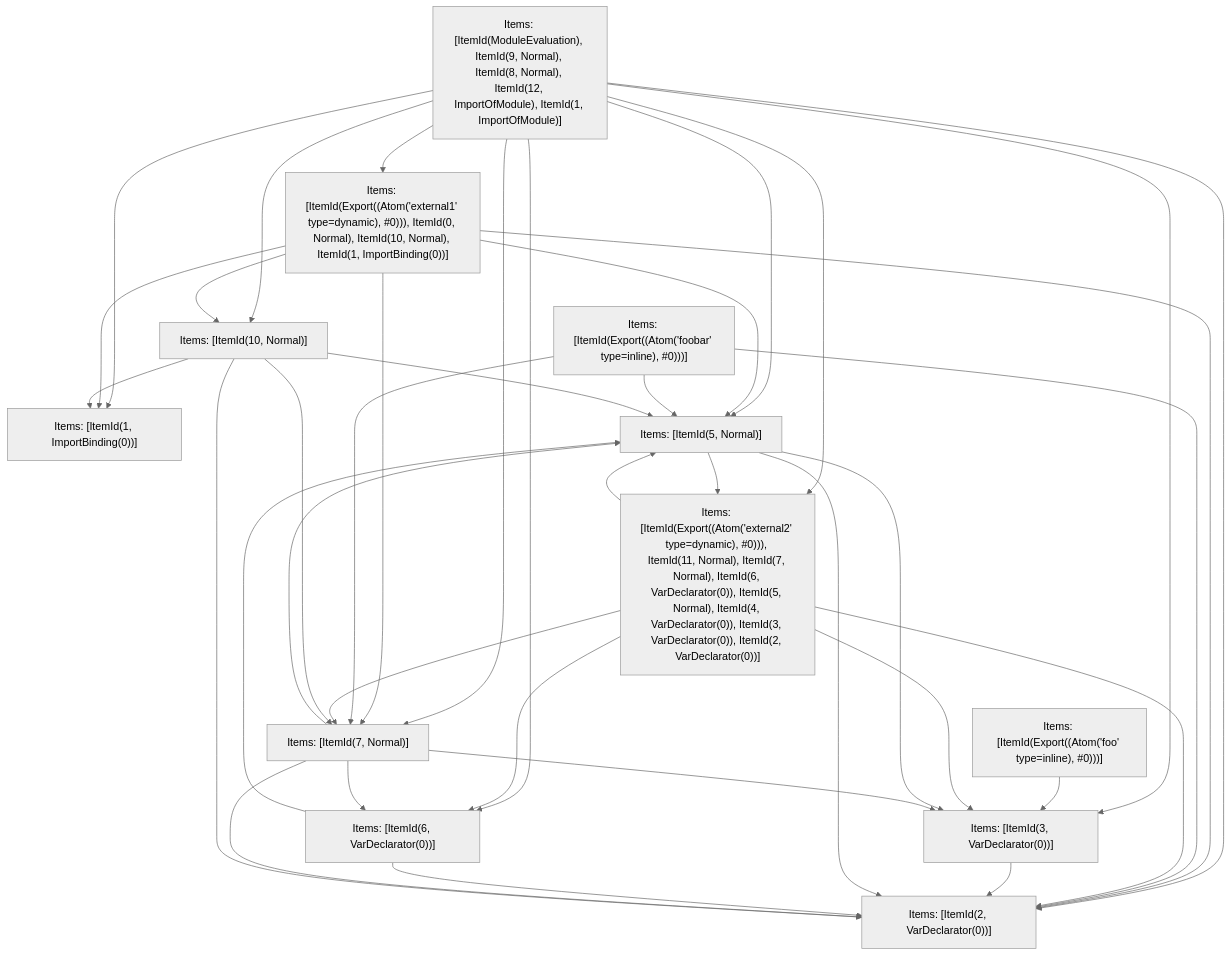
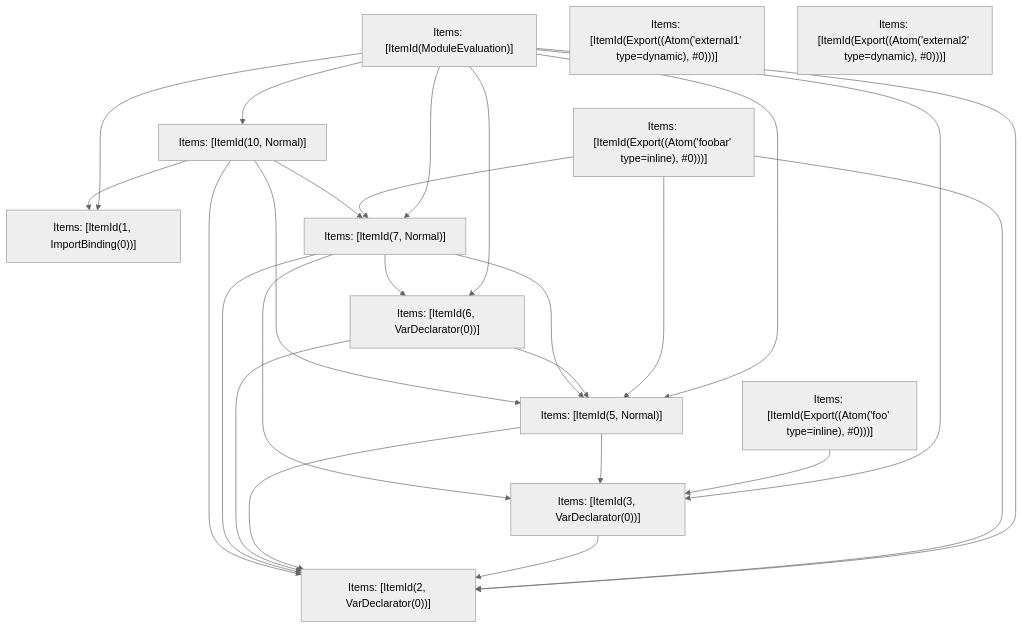
The fifth of 5 diagrams in crates/turbopack-ecmascript/tests/tree-shaker/analyzer/2/output.md (vercel/turborepo), drawn with Mermaid (neutral theme) before and after one commit. The commit also changed other lines of this file and 3 other files, not shown here.

````diff
--- a/crates/turbopack-ecmascript/tests/tree-shaker/analyzer/2/output.md
+++ b/crates/turbopack-ecmascript/tests/tree-shaker/analyzer/2/output.md
@@ -370,52 +370,39 @@
 ```mermaid
 graph TD
-    N0["Items: [ItemId(ModuleEvaluation), ItemId(9, Normal), ItemId(8, Normal), ItemId(12, ImportOfModule), ItemId(1, ImportOfModule)]"];
-    N1["Items: [ItemId(Export((Atom('external1' type=dynamic), #0))), ItemId(0, Normal), ItemId(10, Normal), ItemId(1, ImportBinding(0))]"];
+    N0["Items: [ItemId(ModuleEvaluation)]"];
+    N1["Items: [ItemId(Export((Atom('external1' type=dynamic), #0)))]"];
     N2["Items: [ItemId(Export((Atom('foobar' type=inline), #0)))]"];
     N3["Items: [ItemId(Export((Atom('foo' type=inline), #0)))]"];
-    N4["Items: [ItemId(Export((Atom('external2' type=dynamic), #0))), ItemId(11, Normal), ItemId(7, Normal), ItemId(6, VarDeclarator(0)), ItemId(5, Normal), ItemId(4, VarDeclarator(0)), ItemId(3, VarDeclarator(0)), ItemId(2, VarDeclarator(0))]"];
+    N4["Items: [ItemId(Export((Atom('external2' type=dynamic), #0)))]"];
     N5["Items: [ItemId(1, ImportBinding(0))]"];
     N6["Items: [ItemId(2, VarDeclarator(0))]"];
     N7["Items: [ItemId(3, VarDeclarator(0))]"];
     N8["Items: [ItemId(5, Normal)]"];
     N9["Items: [ItemId(6, VarDeclarator(0))]"];
     N10["Items: [ItemId(7, Normal)]"];
     N11["Items: [ItemId(10, Normal)]"];
-    N0 --> N1;
     N0 --> N5;
     N0 --> N6;
     N0 --> N8;
     N0 --> N10;
     N0 --> N7;
     N0 --> N9;
-    N0 --> N4;
     N0 --> N11;
-    N1 --> N11;
-    N1 --> N6;
-    N1 --> N8;
-    N1 --> N10;
-    N1 --> N5;
     N2 --> N6;
     N2 --> N8;
     N2 --> N10;
     N3 --> N7;
-    N4 --> N7;
-    N4 --> N9;
-    N4 --> N10;
-    N4 --> N6;
-    N4 --> N8;
     N7 --> N6;
-    N8 --> N4;
     N8 --> N6;
     N8 --> N7;
     N9 --> N6;
     N9 --> N8;
     N10 --> N6;
     N10 --> N8;
     N10 --> N7;
     N10 --> N9;
     N11 --> N5;
     N11 --> N6;
     N11 --> N8;
     N11 --> N10;
 ```
````
